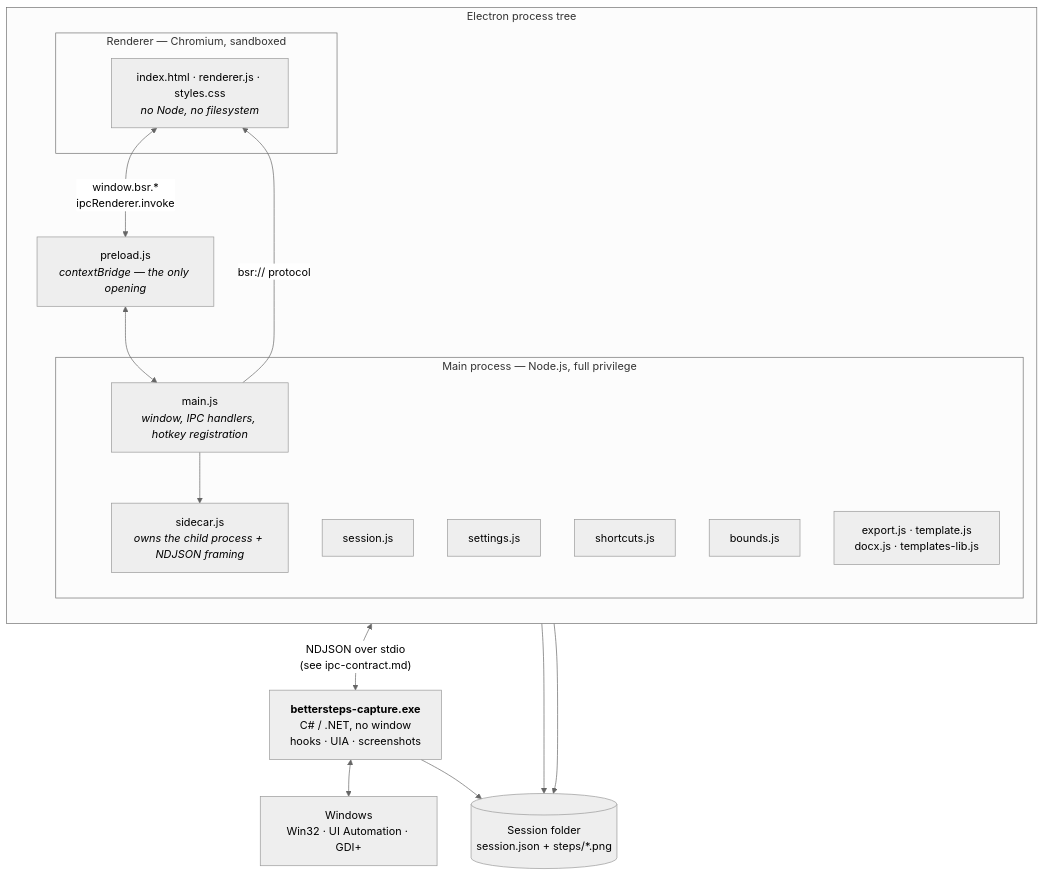
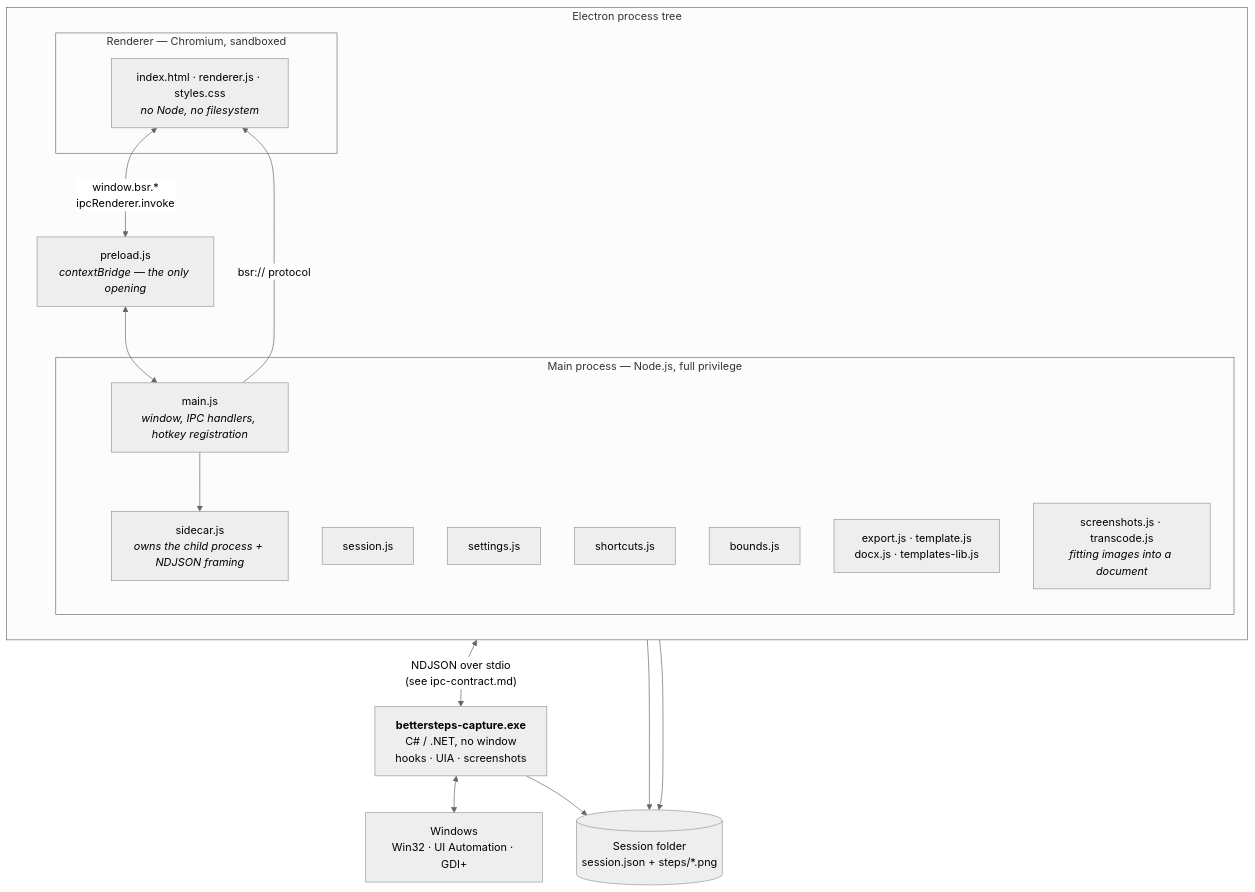
The diagram in docs/ENGINEERING.md (Bunbob41/BetterStepsRecorder), drawn with Mermaid (neutral theme) before and after one commit. The commit also changed other lines of this file and 8 other files, not shown here.

First line of the commit message:
Re-encode screenshots when a document cannot hold them

````diff
--- a/docs/ENGINEERING.md
+++ b/docs/ENGINEERING.md
@@ -31,36 +31,37 @@
 ```mermaid
 flowchart TB
     subgraph electron["Electron process tree"]
         direction TB
         subgraph mainp["Main process — Node.js, full privilege"]
             main["main.js<br/><i>window, IPC handlers, hotkey registration</i>"]
             sidecar["sidecar.js<br/><i>owns the child process + NDJSON framing</i>"]
             session["session.js"]
             settings["settings.js"]
             shortcuts["shortcuts.js"]
             bounds["bounds.js"]
             exporters["export.js · template.js<br/>docx.js · templates-lib.js"]
+            shots["screenshots.js · transcode.js<br/><i>fitting images into a document</i>"]
         end
 
         preload["preload.js<br/><i>contextBridge — the only opening</i>"]
 
         subgraph rend["Renderer — Chromium, sandboxed"]
             renderer["index.html · renderer.js · styles.css<br/><i>no Node, no filesystem</i>"]
         end
     end
 
     engine["<b>bettersteps-capture.exe</b><br/>C# / .NET, no window<br/>hooks · UIA · screenshots"]
 
     win["Windows<br/>Win32 · UI Automation · GDI+"]
     disk[("Session folder<br/>session.json + steps/*.png")]
 
     renderer <-->|"window.bsr.*<br/>ipcRenderer.invoke"| preload
     preload <--> main
     main --> sidecar
     sidecar <-->|"NDJSON over stdio<br/>(see ipc-contract.md)"| engine
     engine <--> win
     engine --> disk
     session --> disk
     main -->|"bsr:// protocol"| renderer
     exporters --> disk
 ```
````
